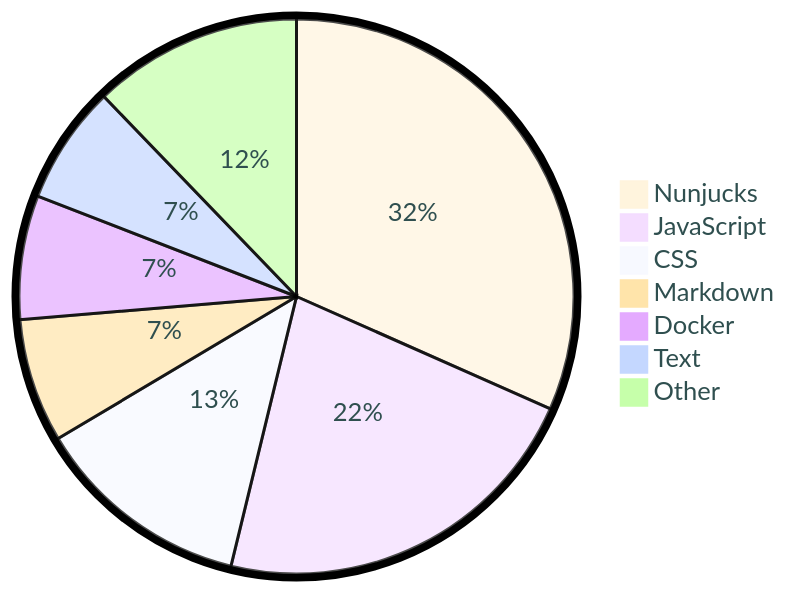
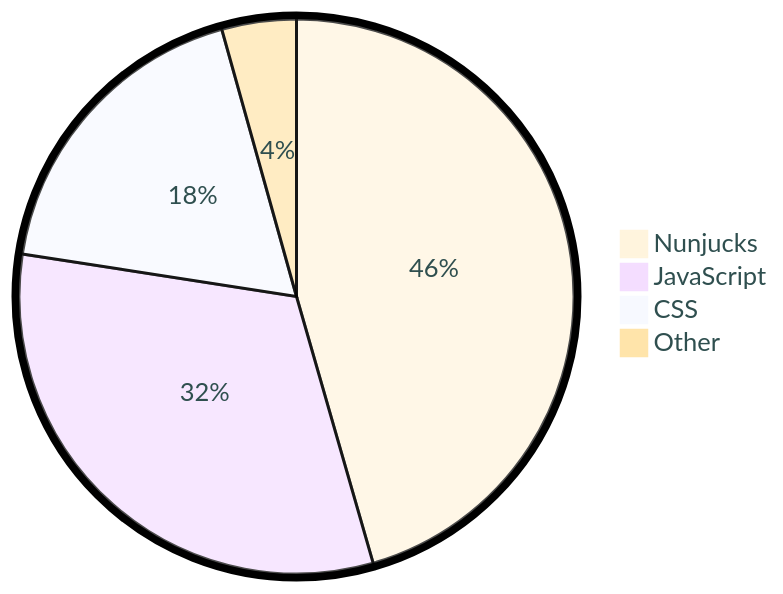
Before and after one commit to tot0p/tot0p: the diagram in README.md, drawn with Mermaid. The commit also changed other lines of this file, not shown here.

````diff
--- a/README.md
+++ b/README.md
@@ -130,11 +118,8 @@
 ```mermaid
 %%{init: {"pie": {"textPosition": 0.5}, "themeVariables": {"pieOuterStrokeWidth": "5px","primaryTextColor" : "#2F4F4F"},"theme":"base"} }%%
 pie
-	"Nunjucks": 31.63
-	"JavaScript": 22.16
-	"CSS": 12.65
-	"Markdown": 7.22
-	"Docker": 7.22
-	"Text": 6.91
-	"Other": 12.2
+	"Nunjucks": 45.55
+	"JavaScript": 31.91
+	"CSS": 18.21
+	"Other": 4.34
 ```
````
